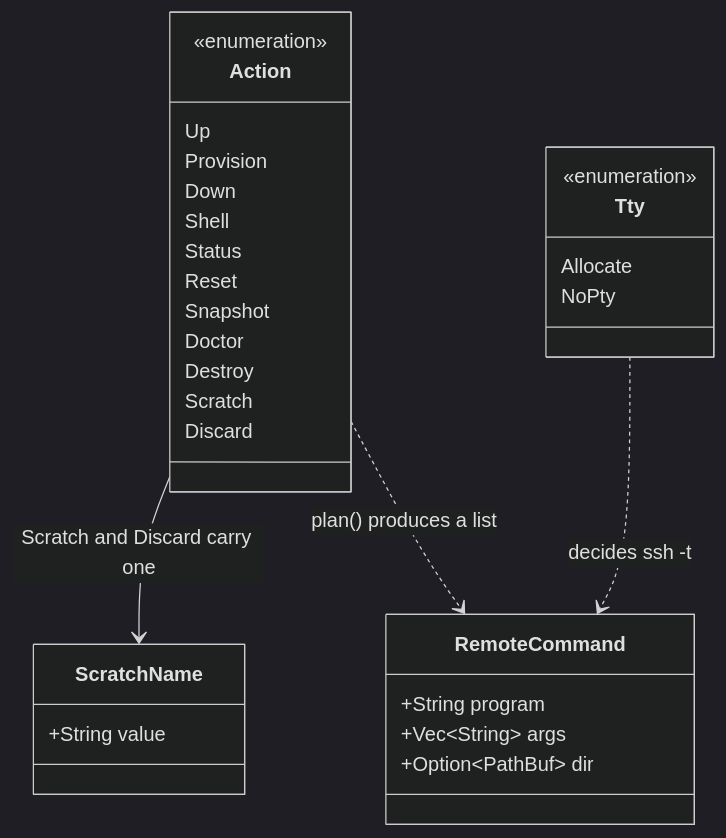
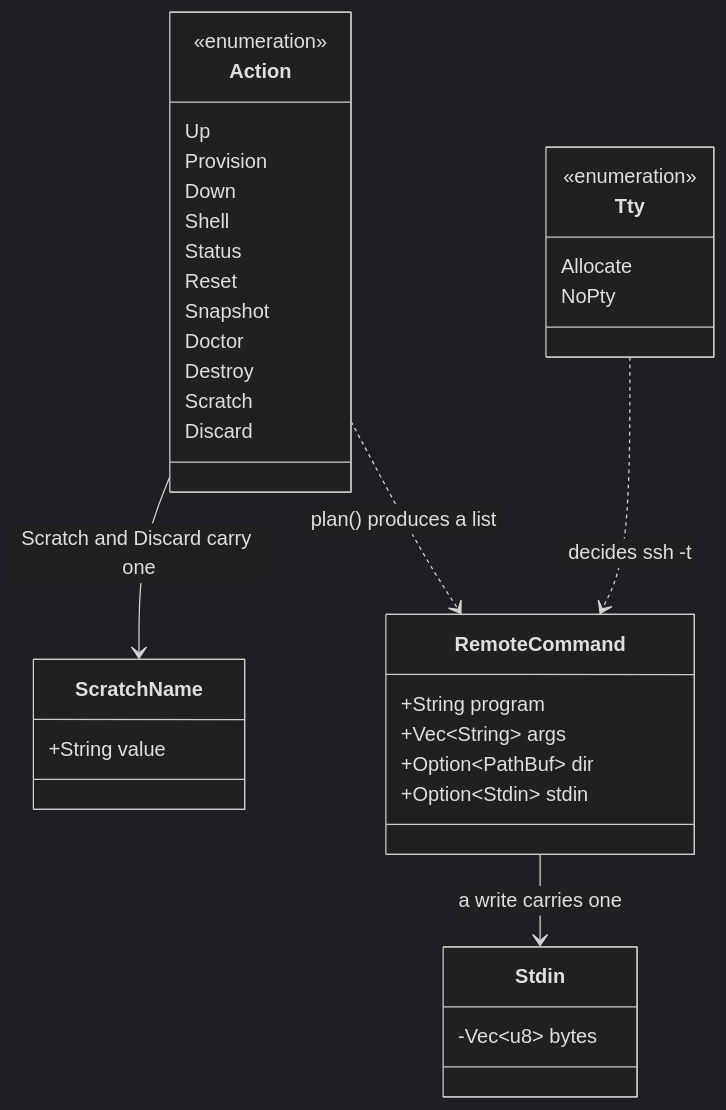
The fourth of 6 diagrams in docs/architecture.md (breki/bombyx), drawn with Mermaid (dark theme) before and after one commit. The commit also changed other lines of this file and 15 other files, not shown here.

````diff
--- a/docs/architecture.md
+++ b/docs/architecture.md
@@ -350,34 +351,39 @@
 ```mermaid
 classDiagram
   class Action {
     <<enumeration>>
     Up
     Provision
     Down
     Shell
     Status
     Reset
     Snapshot
     Doctor
     Destroy
     Scratch
     Discard
   }
   class ScratchName {
     +String value
   }
   class RemoteCommand {
     +String program
     +Vec~String~ args
     +Option~PathBuf~ dir
+    +Option~Stdin~ stdin
+  }
+  class Stdin {
+    -Vec~u8~ bytes
   }
   class Tty {
     <<enumeration>>
     Allocate
     NoPty
   }
 
   Action --> ScratchName : Scratch and Discard carry one
+  RemoteCommand --> Stdin : a write carries one
   Action ..> RemoteCommand : plan() produces a list
   Tty ..> RemoteCommand : decides ssh -t
 ```
````
